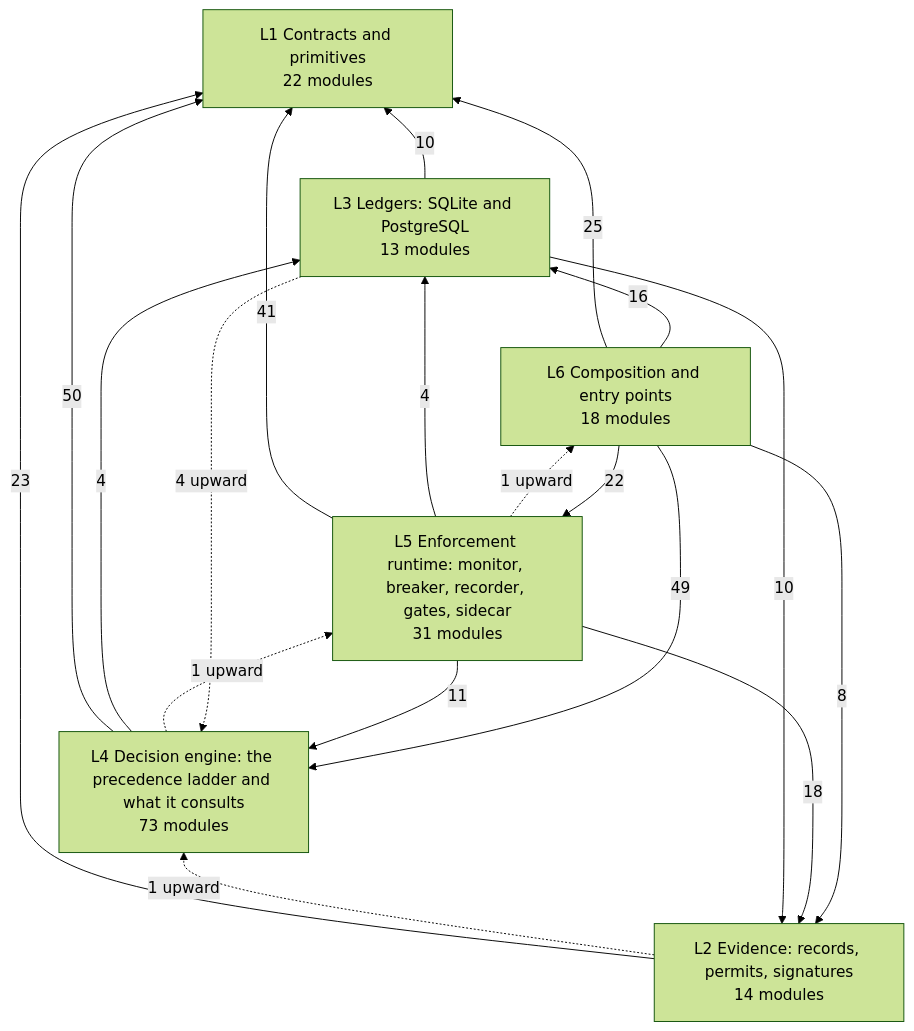
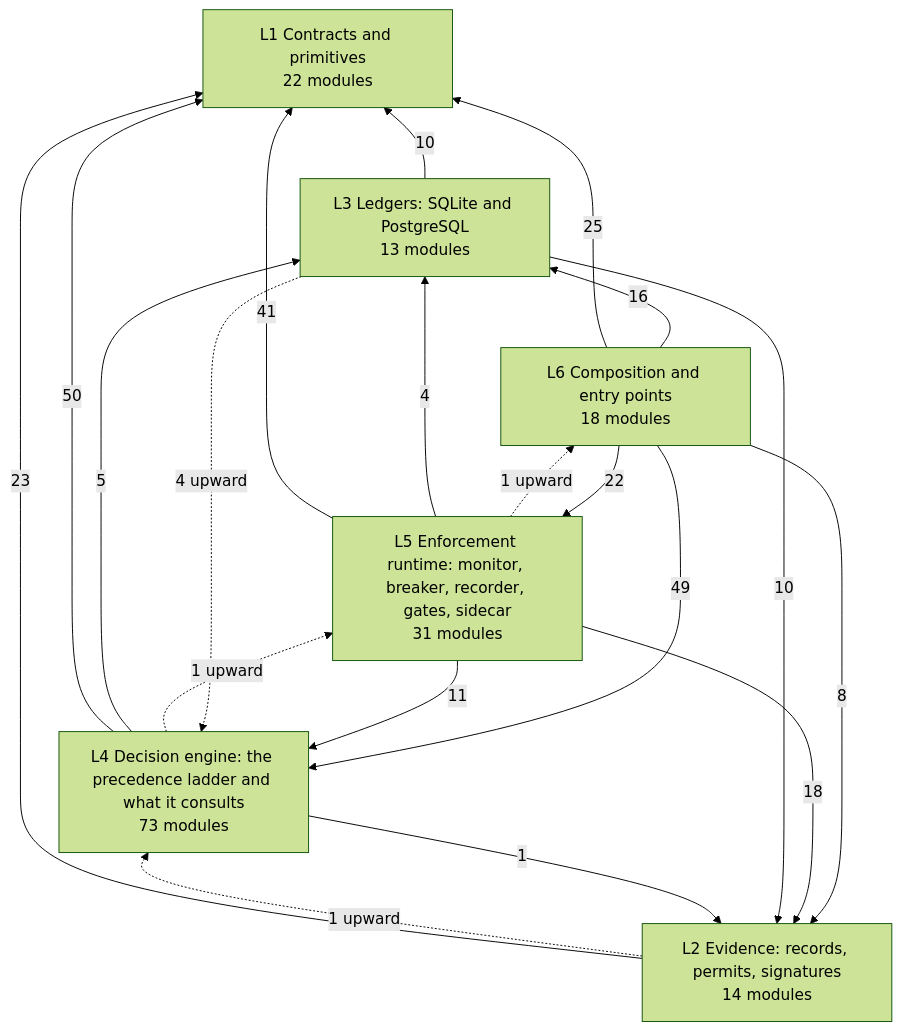
Before and after one commit to LOLA0786/privatevault-agent-dna: the diagram in docs/architecture/DEPENDENCIES.md, drawn with Mermaid (forest theme). The commit also changed other lines of this file and 14 other files, not shown here.

````diff
--- a/docs/architecture/DEPENDENCIES.md
+++ b/docs/architecture/DEPENDENCIES.md
@@ -12,27 +12,28 @@
 ```mermaid
 flowchart BT
   L1["L1 Contracts and primitives<br/>22 modules"]
   L2["L2 Evidence: records, permits, signatures<br/>14 modules"]
   L3["L3 Ledgers: SQLite and PostgreSQL<br/>13 modules"]
   L4["L4 Decision engine: the precedence ladder and what it consults<br/>73 modules"]
   L5["L5 Enforcement runtime: monitor, breaker, recorder, gates, sidecar<br/>31 modules"]
   L6["L6 Composition and entry points<br/>18 modules"]
   L2 -->|23| L1
   L3 -->|10| L1
   L3 -->|10| L2
   L4 -->|50| L1
-  L4 -->|4| L3
+  L4 -->|1| L2
+  L4 -->|5| L3
   L5 -->|41| L1
   L5 -->|18| L2
   L5 -->|4| L3
   L5 -->|11| L4
   L6 -->|25| L1
   L6 -->|8| L2
   L6 -->|16| L3
   L6 -->|49| L4
   L6 -->|22| L5
   L2 -.->|1 upward| L4
   L3 -.->|4 upward| L4
   L4 -.->|1 upward| L5
   L5 -.->|1 upward| L6
 ```
````
